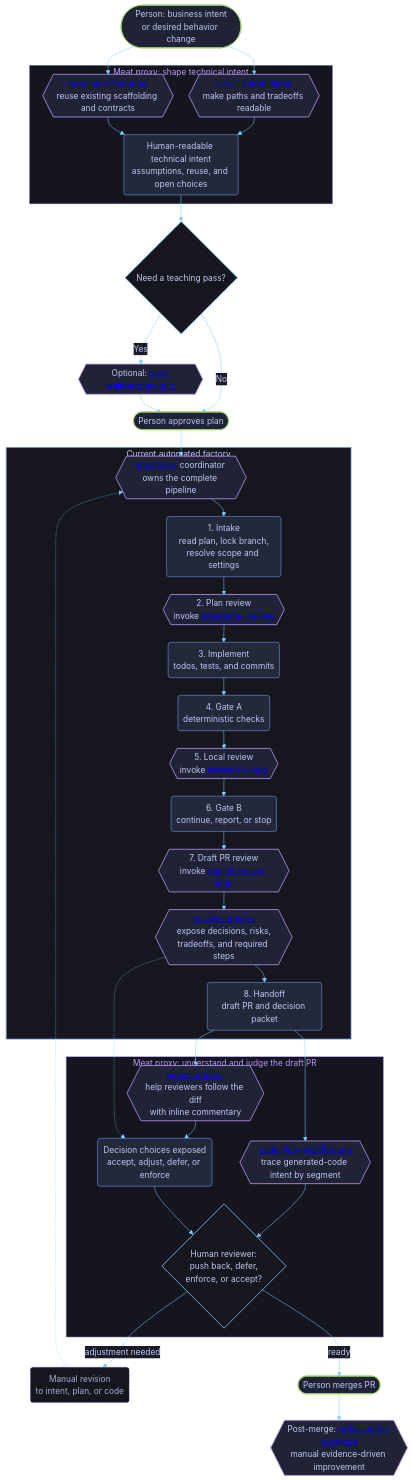
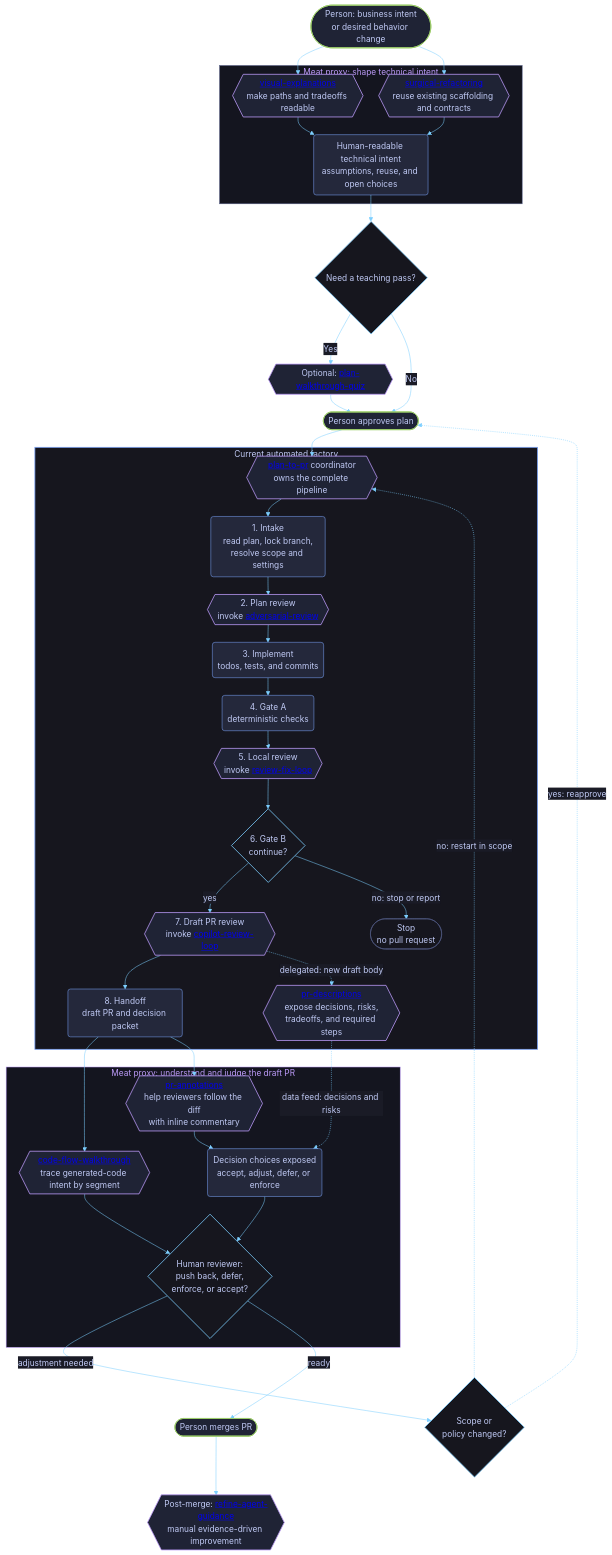
Before and after one commit to dvo-dev/copilot-guidance: the diagram in docs/skill-workflows.md, drawn with Mermaid. The commit also changed other lines of this file and 7 other files, not shown here.

````diff
--- a/docs/skill-workflows.md
+++ b/docs/skill-workflows.md
@@ -30,67 +30,74 @@
 ```mermaid
 %%{init: {"theme":"base","themeVariables":{"background":"#1a1b26","primaryColor":"#24283b","primaryTextColor":"#c0caf5","primaryBorderColor":"#7aa2f7","secondaryColor":"#1f2335","secondaryTextColor":"#c0caf5","secondaryBorderColor":"#bb9af7","tertiaryColor":"#16161e","tertiaryTextColor":"#c0caf5","tertiaryBorderColor":"#7dcfff","lineColor":"#7dcfff","textColor":"#c0caf5","mainBkg":"#24283b","nodeBorder":"#7aa2f7","clusterBkg":"#16161e","clusterBorder":"#565f89","defaultLinkColor":"#7dcfff","edgeLabelBackground":"#1a1b26","titleColor":"#bb9af7","fontFamily":"ui-monospace, SFMono-Regular, Menlo, Monaco, Consolas, Liberation Mono, monospace"},"flowchart":{"curve":"basis","htmlLabels":true,"nodeSpacing":30,"rankSpacing":34,"padding":10}}}%%
 flowchart TD
     NEED(["Person: business intent<br/>or desired behavior change"])
 
     subgraph SHAPE["Meat proxy: shape technical intent"]
         VISUAL{{"<a href='https://github.com/dvo-dev/copilot-guidance/blob/main/docs/skill-workflows/visual-explanations.md'>visual-explanations</a><br/>make paths and tradeoffs readable"}}
         REUSE{{"<a href='https://github.com/dvo-dev/copilot-guidance/blob/main/docs/skill-workflows/surgical-refactoring.md'>surgical-refactoring</a><br/>reuse existing scaffolding and contracts"}}
         TECH("Human-readable technical intent<br/>assumptions, reuse, and open choices")
     end
 
     NEED --> VISUAL --> TECH
     NEED --> REUSE --> TECH
     TECH --> TEACH{"Need a teaching pass?"}
     TEACH -->|Yes| WALK{{"Optional: <a href='https://github.com/dvo-dev/copilot-guidance/blob/main/docs/skill-workflows/plan-walkthrough-quiz.md'>plan-walkthrough-quiz</a>"}}
     TEACH -->|No| APPROVE(["Person approves plan"])
     WALK --> APPROVE
 
     subgraph FACTORY["Current automated factory"]
         PLAN{{"<a href='https://github.com/dvo-dev/copilot-guidance/blob/main/skills/plan-to-pr/SKILL.md'>plan-to-pr</a> coordinator<br/>owns the complete pipeline"}}
         INTAKE("1. Intake<br/>read plan, lock branch,<br/>resolve scope and settings")
         REVIEW{{"2. Plan review<br/>invoke <a href='https://github.com/dvo-dev/copilot-guidance/blob/main/docs/skill-workflows/adversarial-review.md'>adversarial-review</a>"}}
         BUILD("3. Implement<br/>todos, tests, and commits")
         GATEA("4. Gate A<br/>deterministic checks")
         LOCAL{{"5. Local review<br/>invoke <a href='https://github.com/dvo-dev/copilot-guidance/blob/main/docs/skill-workflows/review-fix-loop.md'>review-fix-loop</a>"}}
-        GATEB("6. Gate B<br/>continue, report, or stop")
+        GATEB{"6. Gate B<br/>continue?"}
         PR{{"7. Draft PR review<br/>invoke <a href='https://github.com/dvo-dev/copilot-guidance/blob/main/docs/skill-workflows/copilot-review-loop.md'>copilot-review-loop</a>"}}
         DESC{{"<a href='https://github.com/dvo-dev/copilot-guidance/blob/main/docs/skill-workflows/pr-descriptions.md'>pr-descriptions</a><br/>expose decisions, risks,<br/>tradeoffs, and required steps"}}
+        STOPB(["Stop<br/>no pull request"])
         HANDOFF("8. Handoff<br/>draft PR and decision packet")
 
         PLAN --> INTAKE --> REVIEW --> BUILD
-        BUILD --> GATEA --> LOCAL --> GATEB --> PR --> DESC --> HANDOFF
+        BUILD --> GATEA --> LOCAL --> GATEB
+        GATEB -->|yes| PR --> HANDOFF
+        GATEB -->|no: stop or report| STOPB
+        PR -.->|delegated: new draft body| DESC
     end
 
     APPROVE --> PLAN
 
     subgraph REVIEWPR["Meat proxy: understand and judge the draft PR"]
         FLOW{{"<a href='https://github.com/dvo-dev/copilot-guidance/blob/main/docs/skill-workflows/code-flow-walkthrough.md'>code-flow-walkthrough</a><br/>trace generated-code intent by segment"}}
         ANNOTATE{{"<a href='https://github.com/dvo-dev/copilot-guidance/blob/main/docs/skill-workflows/pr-annotations.md'>pr-annotations</a><br/>help reviewers follow the diff<br/>with inline commentary"}}
         CHOICES("Decision choices exposed<br/>accept, adjust, defer, or enforce")
         HUMAN{"Human reviewer:<br/>push back, defer,<br/>enforce, or accept?"}
     end
 
     HANDOFF --> FLOW --> HUMAN
     HANDOFF --> ANNOTATE --> CHOICES
-    DESC -.-> CHOICES
+    DESC -.->|data feed: decisions and risks| CHOICES
     CHOICES --> HUMAN
-    HUMAN -->|adjustment needed| REWORK("Manual revision<br/>to intent, plan, or code")
-    REWORK -.-> PLAN
+    HUMAN -->|adjustment needed| REWORK{"Scope or<br/>policy changed?"}
+    REWORK -.->|yes: reapprove| APPROVE
+    REWORK -.->|no: restart in scope| PLAN
     HUMAN -->|ready| MERGED(["Person merges PR"])
     MERGED --> REFINE{{"Post-merge: <a href='https://github.com/dvo-dev/copilot-guidance/blob/main/docs/skill-workflows/refine-agent-guidance.md'>refine-agent-guidance</a><br/>manual evidence-driven improvement"}}
 
     classDef stage fill:#24283b,stroke:#7aa2f7,stroke-width:1px,color:#c0caf5;
     classDef delegated fill:#1f2335,stroke:#bb9af7,stroke-width:1.5px,color:#c0caf5;
     classDef human fill:#1f2335,stroke:#9ece6a,stroke-width:1.5px,color:#c0caf5;
+    classDef outcome fill:#1f2335,stroke:#9ece6a,stroke-width:1.5px,color:#c0caf5;
+    classDef terminal fill:#16161e,stroke:#565f89,stroke-width:1px,color:#c0caf5;
     classDef decision fill:#16161e,stroke:#7dcfff,stroke-width:1.5px,color:#c0caf5;
     classDef optional fill:#16161e,stroke:#565f89,stroke-width:1px,color:#a9b1d6,stroke-dasharray:4 3;
-    class TECH,INTAKE,BUILD,GATEA,GATEB,HANDOFF,CHOICES stage;
+    class TECH,INTAKE,BUILD,GATEA,HANDOFF,CHOICES stage;
     class VISUAL,REUSE,WALK,PLAN,REVIEW,LOCAL,PR,DESC,FLOW,ANNOTATE,REFINE delegated;
     class NEED,APPROVE,MERGED human;
-    class TEACH,HUMAN decision;
-    class REWORK optional;
+    class TEACH,GATEB,HUMAN,REWORK decision;
+    class STOPB terminal;
 
     style SHAPE fill:#14151f,stroke:#565f89,stroke-width:1px,color:#bb9af7;
     style FACTORY fill:#16161e,stroke:#7aa2f7,stroke-width:1.5px,color:#c0caf5;
     style REVIEWPR fill:#14151f,stroke:#bb9af7,stroke-width:1px,color:#bb9af7;
 ```
````
